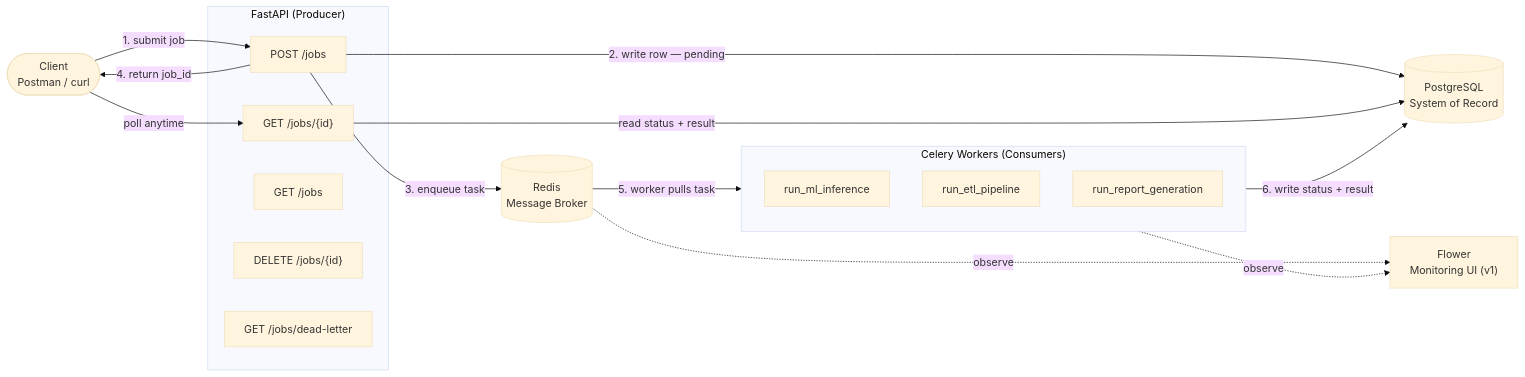
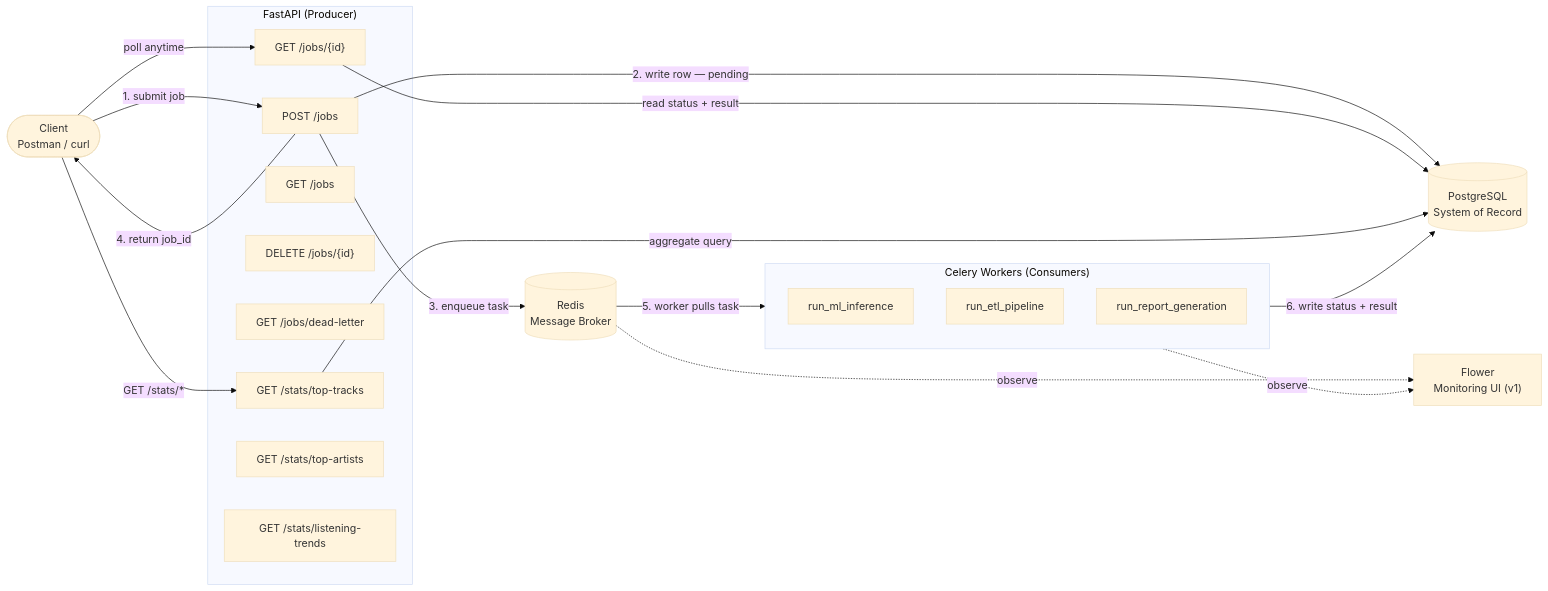
Before and after one commit to krishsomi021/Maestro-AI-Powered-Music-Intelligence-Platform: the first of 2 diagrams in docs/architecture.md, drawn with Mermaid (base theme). The commit also changed other lines of this file and 11 other files, not shown here.

````diff
--- a/docs/architecture.md
+++ b/docs/architecture.md
@@ -22,37 +22,43 @@
 ```mermaid
 flowchart LR
     Client([Client\nPostman / curl])
 
     subgraph API["FastAPI (Producer)"]
         EP1["POST /jobs"]
         EP2["GET /jobs/{id}"]
         EP3["GET /jobs"]
         EP4["DELETE /jobs/{id}"]
         EP5["GET /jobs/dead-letter"]
+        EP6["GET /stats/top-tracks"]
+        EP7["GET /stats/top-artists"]
+        EP8["GET /stats/listening-trends"]
     end
 
     Broker[("Redis\nMessage Broker")]
 
     subgraph Workers["Celery Workers (Consumers)"]
         W1["run_ml_inference"]
         W2["run_etl_pipeline"]
         W3["run_report_generation"]
     end
 
     DB[("PostgreSQL\nSystem of Record")]
     Flower["Flower\nMonitoring UI (v1)"]
 
     Client -->|"1. submit job"| EP1
     EP1 -->|"2. write row — pending"| DB
     EP1 -->|"3. enqueue task"| Broker
     EP1 -->|"4. return job_id"| Client
 
     Broker -->|"5. worker pulls task"| Workers
     Workers -->|"6. write status + result"| DB
 
     Client -->|"poll anytime"| EP2
     EP2 -->|"read status + result"| DB
 
+    Client -->|"GET /stats/*"| EP6
+    EP6 -->|"aggregate query"| DB
+
     Broker -.->|"observe"| Flower
     Workers -.->|"observe"| Flower
 ```
````
